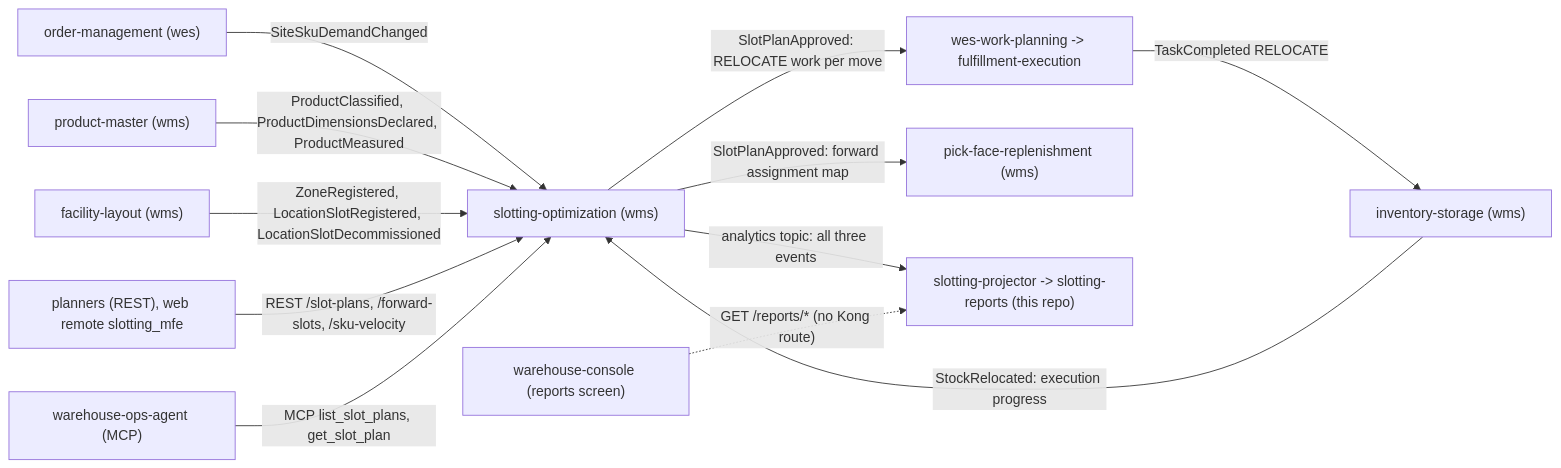
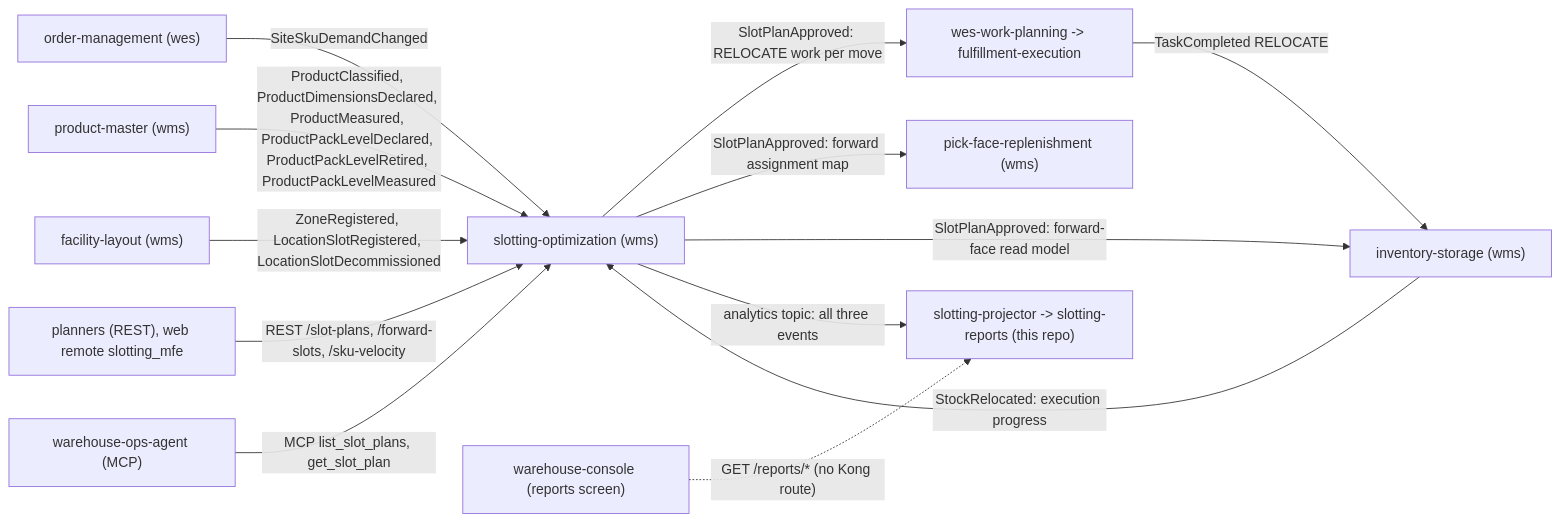
One commit to IQVO/slotting-optimization changed the diagram in docs/docs/ecosystem/integration.md. Above: the diagram before and after it, drawn with Mermaid. The commit also changed other lines of this file and 16 other files, not shown here.

First line of the commit message:
docs(slotting-optimization): wired service, three SlotPlanApproved consumers, pack-level and StockRelocated consumers

````diff
--- a/docs/docs/ecosystem/integration.md
+++ b/docs/docs/ecosystem/integration.md
@@ -17,25 +17,26 @@
 ```mermaid
 flowchart LR
     om["order-management (wes)"]
     pm["product-master (wms)"]
     fl["facility-layout (wms)"]
     so["slotting-optimization (wms)"]
     is["inventory-storage (wms)"]
     users["planners (REST), web remote slotting_mfe"]
     agent["warehouse-ops-agent (MCP)"]
     console["warehouse-console (reports screen)"]
     wwp["wes-work-planning -> fulfillment-execution"]
     pfr["pick-face-replenishment (wms)"]
     proj["slotting-projector -> slotting-reports (this repo)"]
     om -->|"SiteSkuDemandChanged"| so
-    pm -->|"ProductClassified, ProductDimensionsDeclared, ProductMeasured"| so
+    pm -->|"ProductClassified, ProductDimensionsDeclared, ProductMeasured, ProductPackLevelDeclared, ProductPackLevelRetired, ProductPackLevelMeasured"| so
     fl -->|"ZoneRegistered, LocationSlotRegistered, LocationSlotDecommissioned"| so
     users -->|"REST /slot-plans, /forward-slots, /sku-velocity"| so
     agent -->|"MCP list_slot_plans, get_slot_plan"| so
     so -->|"SlotPlanApproved: RELOCATE work per move"| wwp
     so -->|"SlotPlanApproved: forward assignment map"| pfr
+    so -->|"SlotPlanApproved: forward-face read model"| is
     so -->|"analytics topic: all three events"| proj
     console -.->|"GET /reports/* (no Kong route)"| proj
     wwp -->|"TaskCompleted RELOCATE"| is
     is -->|"StockRelocated: execution progress"| so
 ```
````
